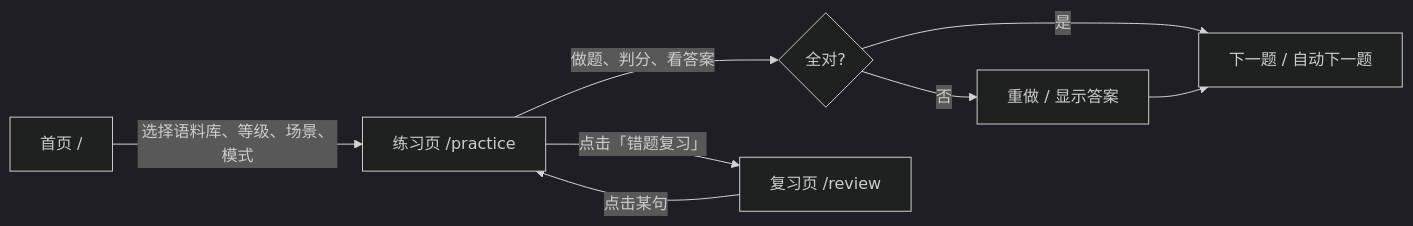
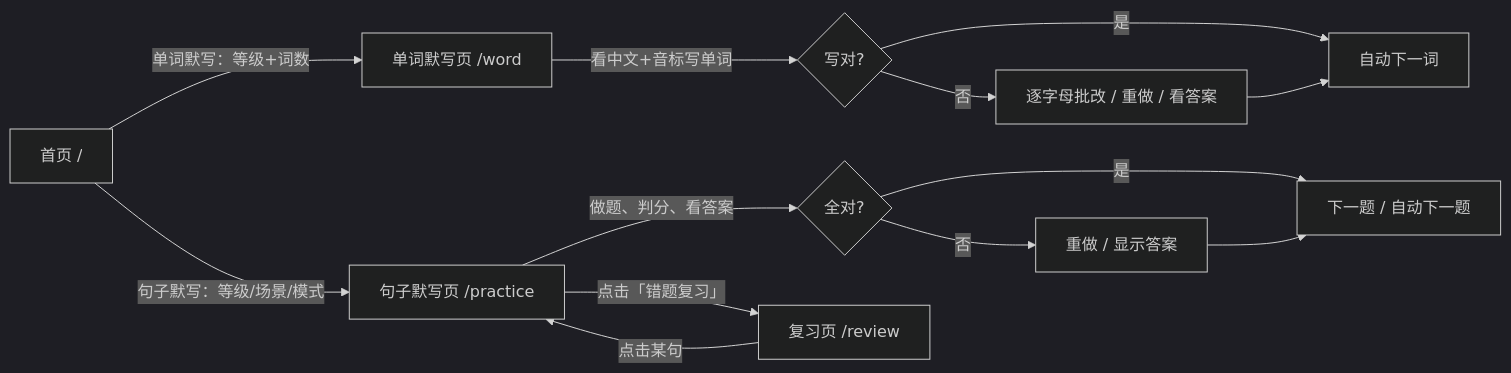
Before and after one commit to greatWeber/English-study: the diagram in README.md, drawn with Mermaid (dark theme). The commit also changed other lines of this file and 13 other files, not shown here.

First line of the commit message:
feat(word): add word dictation practice and refresh celebration effects

````diff
--- a/README.md
+++ b/README.md
@@ -88,10 +101,15 @@
 ```mermaid
 flowchart LR
-  A[首页 /] -->|选择语料库、等级、场景、模式| B[练习页 /practice]
+  A[首页 /] -->|单词默写：等级+词数| W[单词默写页 /word]
+  A -->|句子默写：等级/场景/模式| B[句子默写页 /practice]
+  W -->|看中文+音标写单词| C1{写对?}
+  C1 -->|是| D[自动下一词]
+  C1 -->|否| E[逐字母批改 / 重做 / 看答案]
+  E --> D
   B -->|做题、判分、看答案| C{全对?}
-  C -->|是| D[下一题 / 自动下一题]
-  C -->|否| E[重做 / 显示答案]
-  E --> D
+  C -->|是| D2[下一题 / 自动下一题]
+  C -->|否| E2[重做 / 显示答案]
+  E2 --> D2
   B -->|点击「错题复习」| F[复习页 /review]
   F -->|点击某句| B
 ```
````
